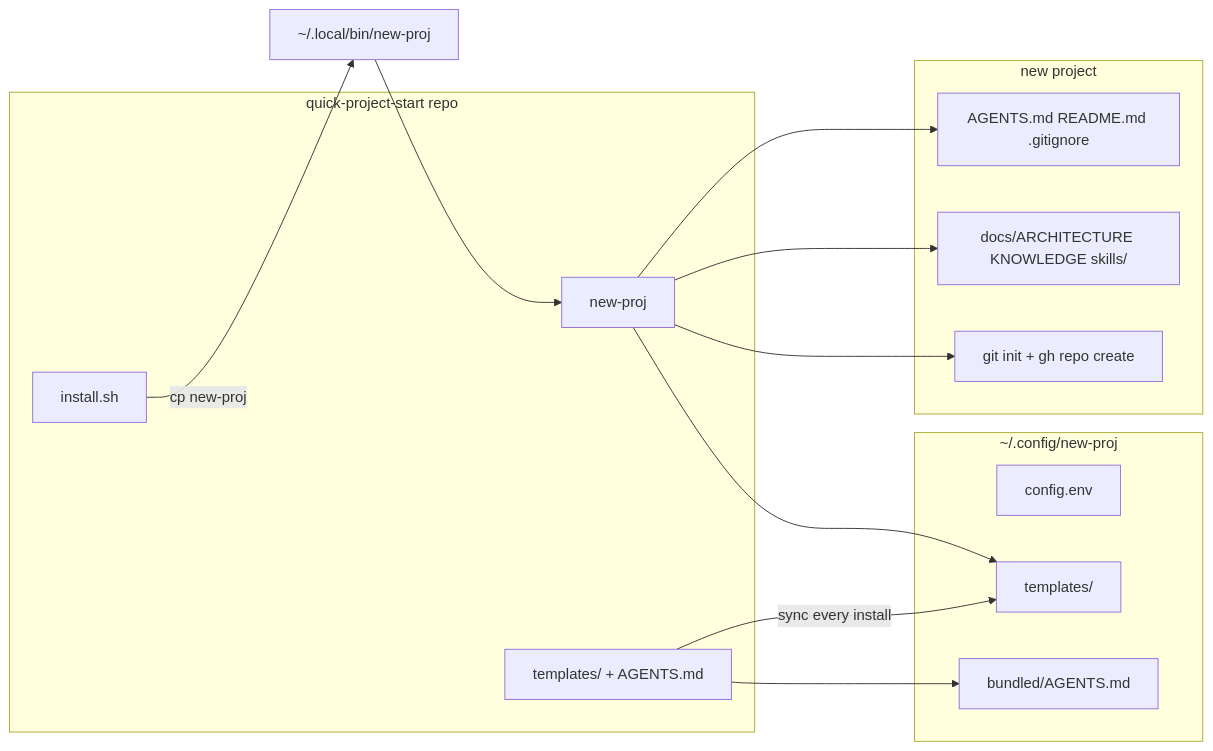
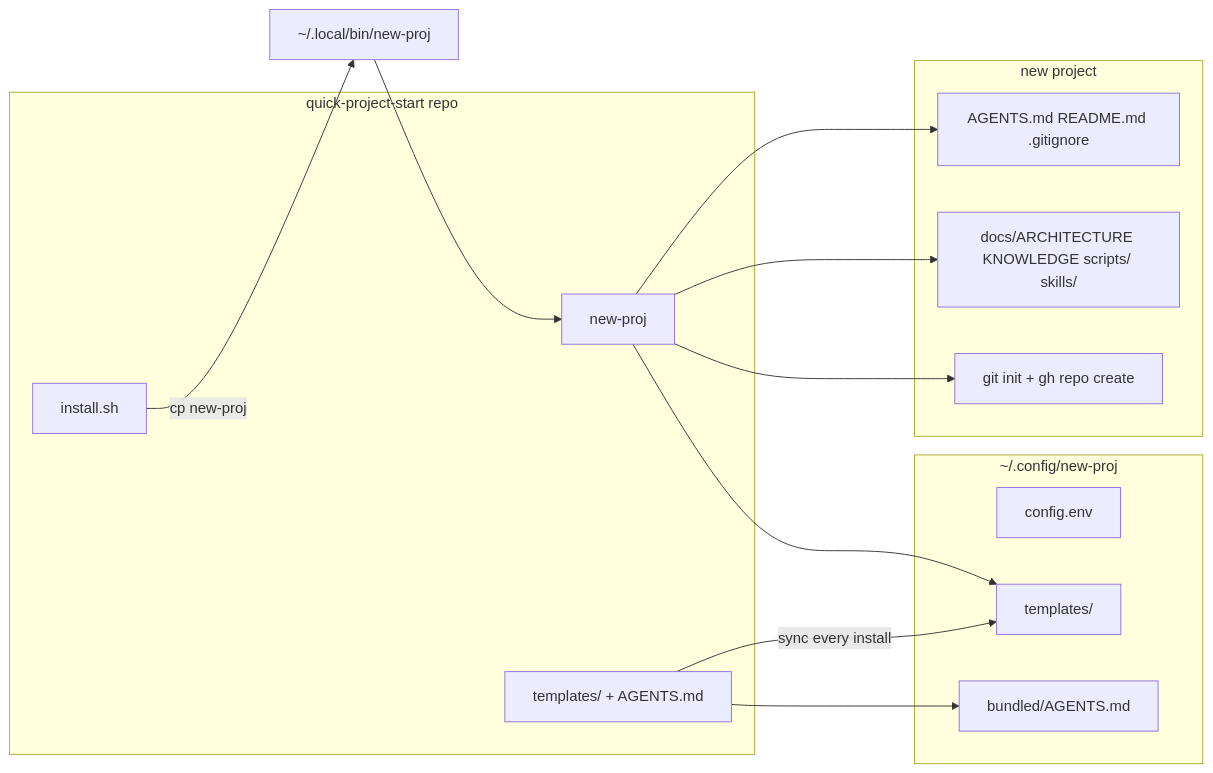
Before and after one commit to jdserenity/quick-project-start: the diagram in docs/ARCHITECTURE.md, drawn with Mermaid. The commit also changed other lines of this file and 8 other files, not shown here.

First line of the commit message:
Replace --agent-upgrade with additive --update and sync docs/scripts scaffold.

````diff
--- a/docs/ARCHITECTURE.md
+++ b/docs/ARCHITECTURE.md
@@ -89,26 +95,26 @@
 ```mermaid
 flowchart LR
   subgraph repo["quick-project-start repo"]
     install["install.sh"]
     script["new-proj"]
     tplsrc["templates/ + AGENTS.md"]
   end
   subgraph global["~/.config/new-proj"]
     cfg["config.env"]
     tpl["templates/"]
     bundled["bundled/AGENTS.md"]
   end
   subgraph out["new project"]
     root["AGENTS.md README.md .gitignore"]
-    scaffold["docs/ARCHITECTURE KNOWLEDGE skills/"]
+    scaffold["docs/ARCHITECTURE KNOWLEDGE scripts/ skills/"]
     git["git init + gh repo create"]
   end
   install -->|"cp new-proj"| bin["~/.local/bin/new-proj"]
   tplsrc -->|"sync every install"| tpl
   tplsrc --> bundled
   bin --> script
   script --> tpl
   script --> root
   script --> scaffold
   script --> git
 ```
````
